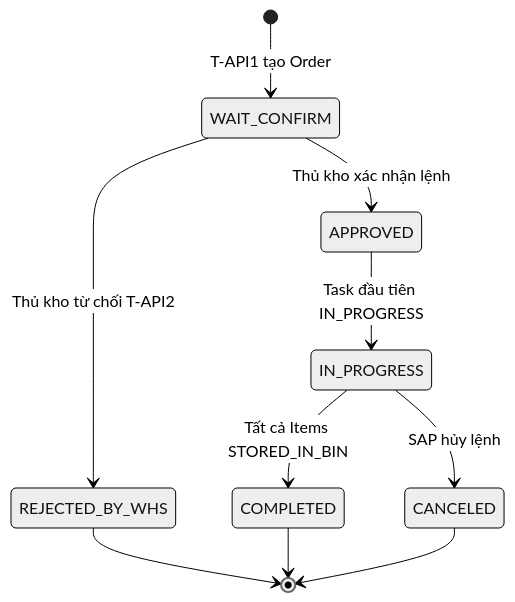
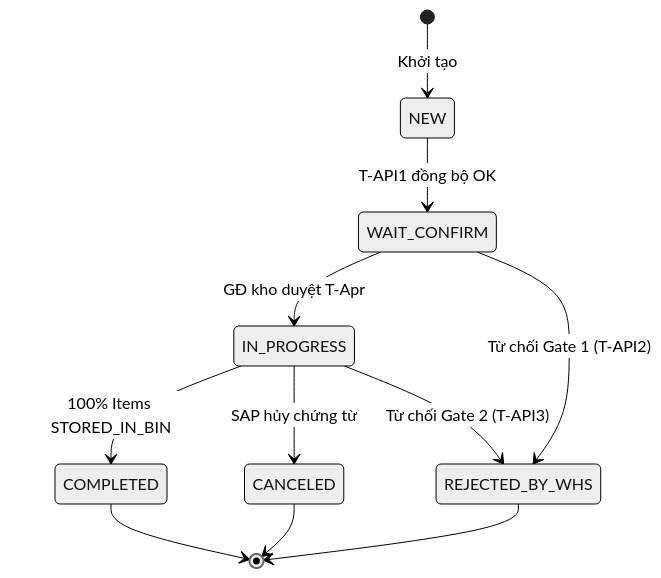
Before and after one commit to EdwardTran04/Project_Management: the third of 5 diagrams in knowledge/AIWS_MM10A_Tai_Lieu_Nghiep_Vu_Nhap_Kho_Mua_Moi_NCC.md, drawn with Mermaid (neutral theme). The commit also changed other lines of this file and 3 other files, not shown here.

````diff
--- a/knowledge/AIWS_MM10A_Tai_Lieu_Nghiep_Vu_Nhap_Kho_Mua_Moi_NCC.md
+++ b/knowledge/AIWS_MM10A_Tai_Lieu_Nghiep_Vu_Nhap_Kho_Mua_Moi_NCC.md
@@ -401,12 +649,13 @@
 ```mermaid
 stateDiagram-v2
-    [*] --> WAIT_CONFIRM : T-API1 tạo Order
-    WAIT_CONFIRM --> APPROVED : Thủ kho xác nhận lệnh
-    WAIT_CONFIRM --> REJECTED_BY_WHS : Thủ kho từ chối T-API2
-    APPROVED --> IN_PROGRESS : Task đầu tiên IN_PROGRESS
-    IN_PROGRESS --> COMPLETED : Tất cả Items STORED_IN_BIN
-    IN_PROGRESS --> CANCELED : SAP hủy lệnh
-    REJECTED_BY_WHS --> [*]
+    [*] --> NEW : Khởi tạo
+    NEW --> WAIT_CONFIRM : T-API1 đồng bộ OK
+    WAIT_CONFIRM --> IN_PROGRESS : GĐ kho duyệt T-Apr
+    IN_PROGRESS --> COMPLETED : 100% Items STORED_IN_BIN
+    IN_PROGRESS --> CANCELED : SAP hủy chứng từ
+    WAIT_CONFIRM --> REJECTED_BY_WHS : Từ chối Gate 1 (T-API2)
+    IN_PROGRESS --> REJECTED_BY_WHS : Từ chối Gate 2 (T-API3)
     COMPLETED --> [*]
     CANCELED --> [*]
+    REJECTED_BY_WHS --> [*]
 ```
````
